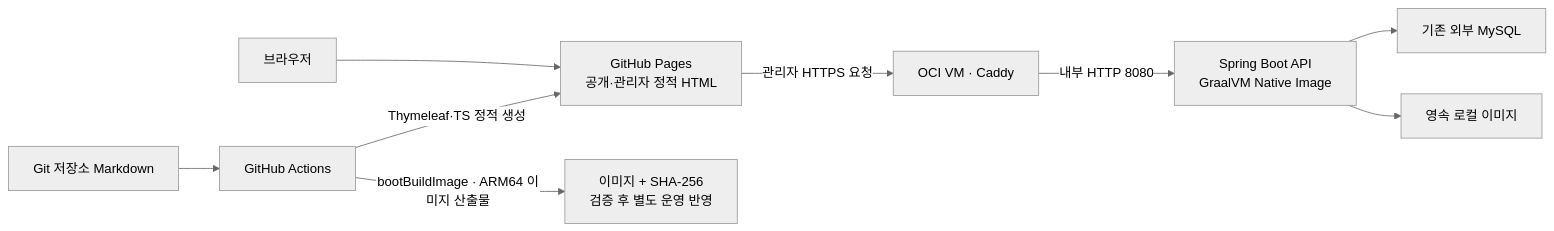
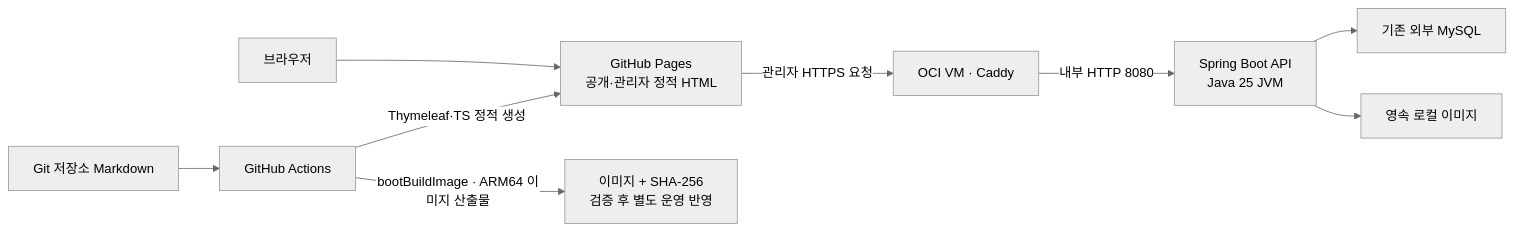
The diagram in docs/ADR/ADR_infra.md (gjaku1031/ken-blog), drawn with Mermaid (neutral theme) before and after one commit. The commit also changed other lines of this file and 10 other files, not shown here.

Commit message:
refactor: run API on JVM instead of native image

````diff
--- a/docs/ADR/ADR_infra.md
+++ b/docs/ADR/ADR_infra.md
@@ -9,11 +9,11 @@
 ```mermaid
 flowchart LR
     browser["브라우저"] --> pages["GitHub Pages<br/>공개·관리자 정적 HTML"]
     pages -->|"관리자 HTTPS 요청"| caddy["OCI VM · Caddy"]
-    caddy -->|"내부 HTTP 8080"| api["Spring Boot API<br/>GraalVM Native Image"]
+    caddy -->|"내부 HTTP 8080"| api["Spring Boot API<br/>Java 25 JVM"]
     api --> db["기존 외부 MySQL"]
     api --> disk["영속 로컬 이미지"]
     source["Git 저장소 Markdown"] --> actions["GitHub Actions"]
     actions -->|"Thymeleaf·TS 정적 생성"| pages
     actions -->|"bootBuildImage · ARM64 이미지 산출물"| image["이미지 + SHA-256<br/>검증 후 별도 운영 반영"]
 ```
````
